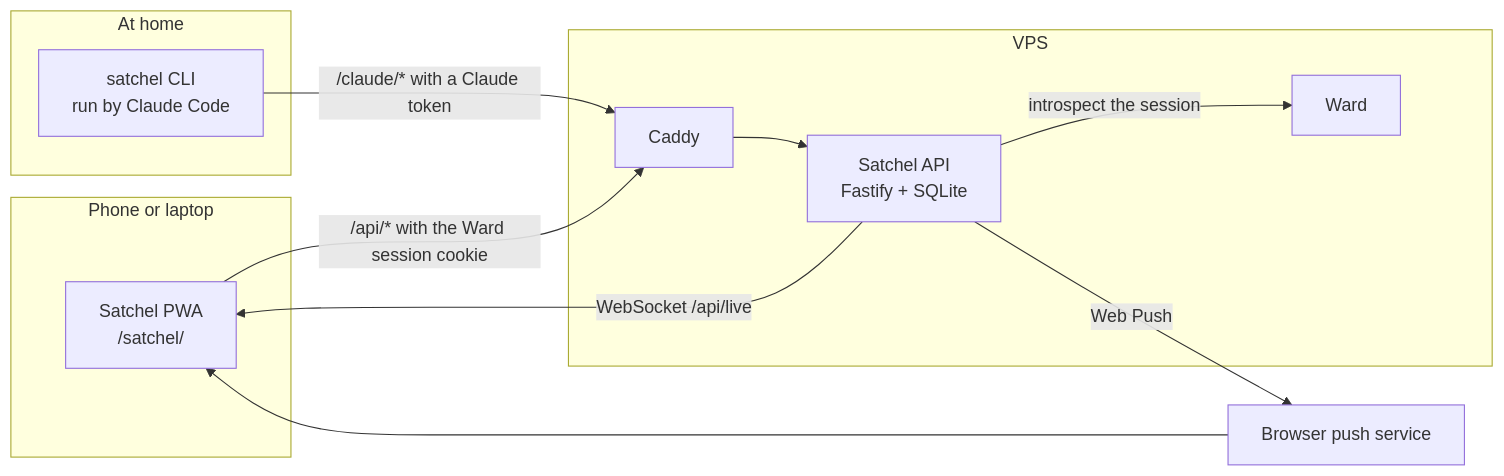
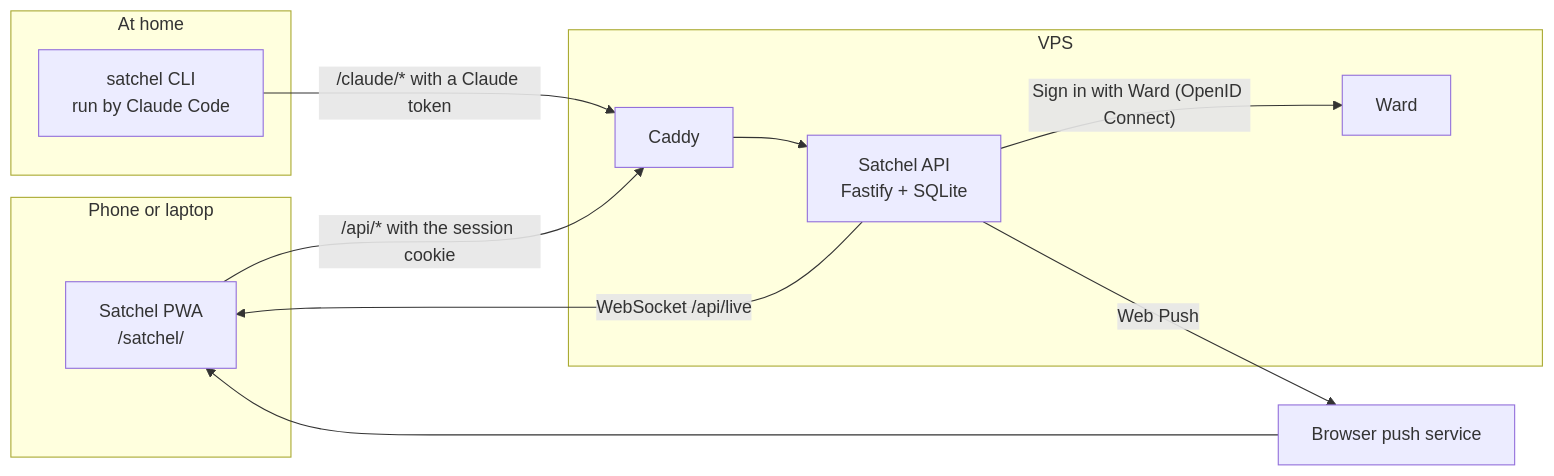
Before and after one commit to gandolh/Satchel: the diagram in docs/architecture.md, drawn with Mermaid. The commit also changed other lines of this file and 6 other files, not shown here.

````diff
--- a/docs/architecture.md
+++ b/docs/architecture.md
@@ -11,21 +11,21 @@
 ```mermaid
 flowchart LR
   subgraph phone["Phone or laptop"]
     pwa["Satchel PWA<br/>/satchel/"]
   end
   subgraph home["At home"]
     cli["satchel CLI<br/>run by Claude Code"]
   end
   subgraph vps["VPS"]
     caddy["Caddy"]
     api["Satchel API<br/>Fastify + SQLite"]
     ward["Ward"]
   end
   push["Browser push service"]
-  pwa -- "/api/* with the Ward session cookie" --> caddy
+  pwa -- "/api/* with the session cookie" --> caddy
   cli -- "/claude/* with a Claude token" --> caddy
   caddy --> api
-  api -- "introspect the session" --> ward
+  api -- "Sign in with Ward (OpenID Connect)" --> ward
   api -- "WebSocket /api/live" --> pwa
   api -- "Web Push" --> push --> pwa
 ```
````
